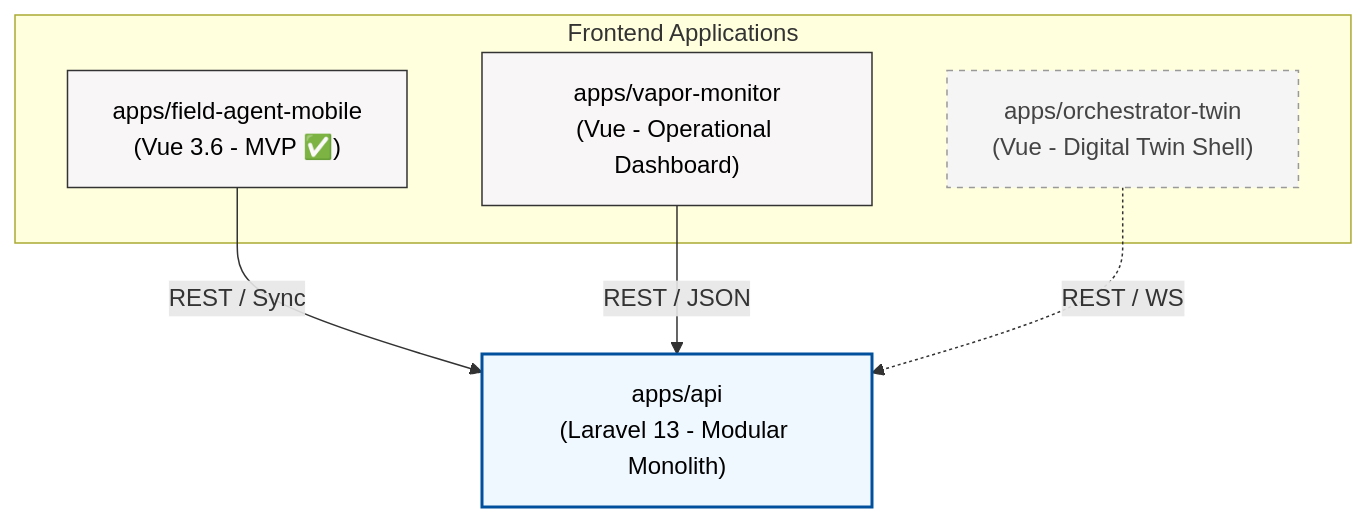
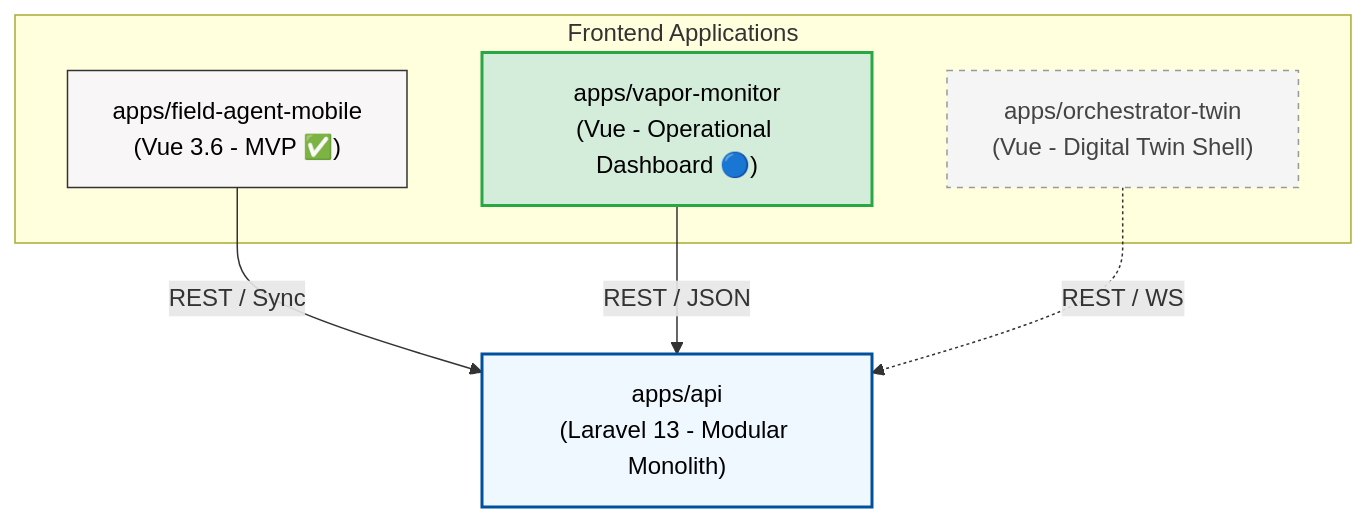
The first of 5 diagrams in README.md (h-builds/nexus-wms), drawn with Mermaid before and after one commit. The commit also changed other lines of this file, not shown here.

Commit message:
feat: initialize Phase 2 operational visibility task and update project roadmap documentation

````diff
--- a/README.md
+++ b/README.md
@@ -61,19 +70,19 @@
 ```mermaid
 flowchart TD
     classDef backend fill:#f0f8ff,stroke:#00509E,stroke-width:2px,color:#000
     classDef currentFrontend fill:#f9f6f7,stroke:#333,stroke-width:1px,color:#000
     classDef activeFrontend fill:#d4edda,stroke:#28a745,stroke-width:2px,color:#000
     classDef futureFrontend fill:#f5f5f5,stroke:#999,stroke-width:1px,stroke-dasharray: 4 4,color:#444
 
     API["apps/api\n(Laravel 13 - Modular Monolith)"]:::backend
 
     subgraph Frontends ["Frontend Applications"]
         Mobile["apps/field-agent-mobile\n(Vue 3.6 - MVP ✅)"]:::currentFrontend
-        Monitor["apps/vapor-monitor\n(Vue - Operational Dashboard)"]:::currentFrontend
+        Monitor["apps/vapor-monitor\n(Vue - Operational Dashboard 🔵)"]:::activeFrontend
         Twin["apps/orchestrator-twin\n(Vue - Digital Twin Shell)"]:::futureFrontend
     end
 
     Mobile -->|REST / Sync| API
     Monitor -->|REST / JSON| API
     Twin -.->|REST / WS| API
 ```
````
